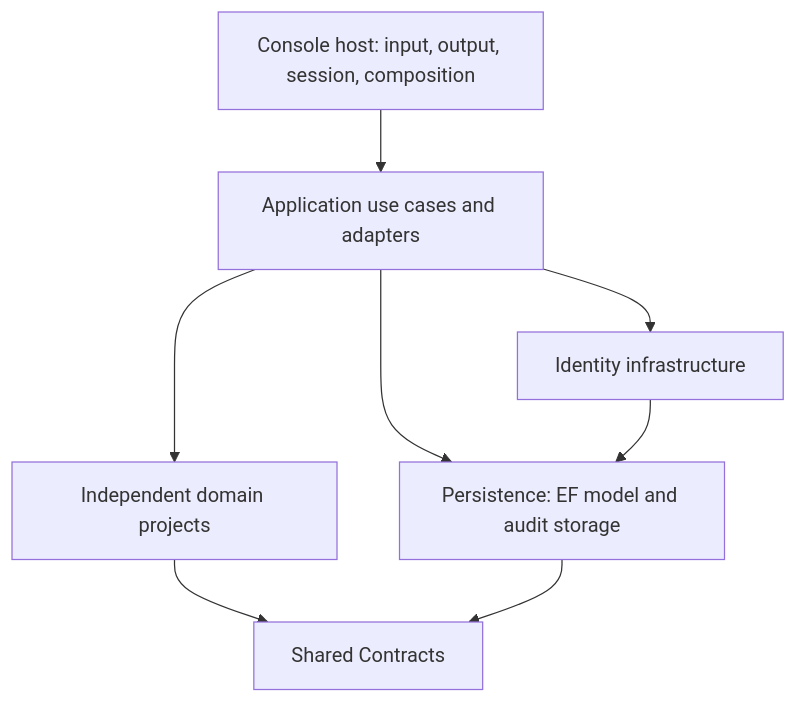
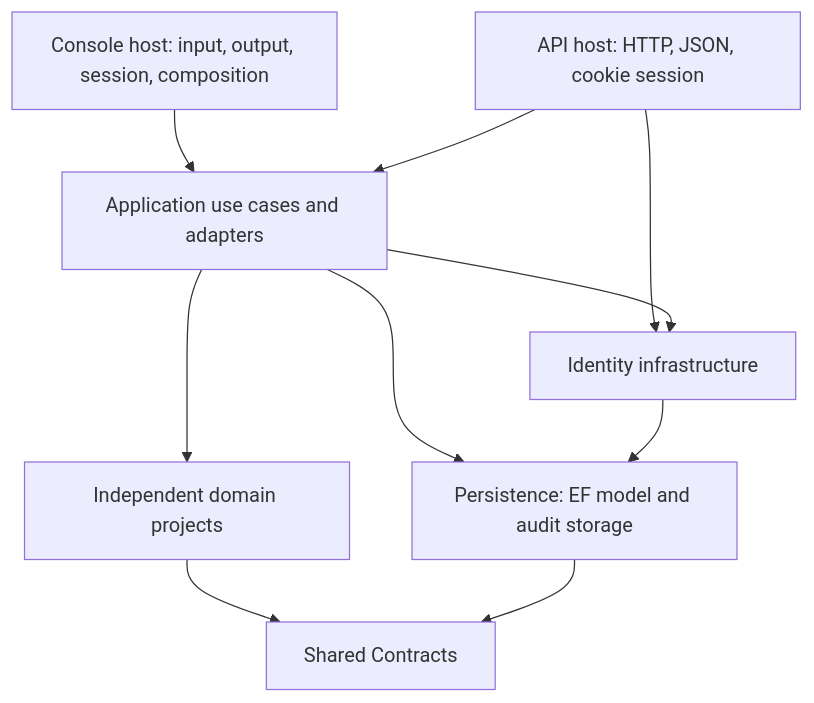
One commit to williamowen65/atlas-the-public-think-tank changed the first of 2 diagrams in docs/architecture/APPLICATION-WORKFLOWS.md. Above: the diagram before and after it, drawn with Mermaid. The commit also changed other lines of this file and 3 other files, not shown here.

Commit message:
Document shared host database and API audit worker ownership

````diff
--- a/docs/architecture/APPLICATION-WORKFLOWS.md
+++ b/docs/architecture/APPLICATION-WORKFLOWS.md
@@ -18,10 +19,12 @@
 ```mermaid
 flowchart TD
     C["Console host: input, output, session, composition"] --> A["Application use cases and adapters"]
+    H["API host: HTTP, JSON, cookie session"] --> A
+    H --> ID
     A --> ID["Identity infrastructure"]
     A --> P["Persistence: EF model and audit storage"]
     ID --> P
     A --> D["Independent domain projects"]
     D --> K["Shared Contracts"]
     P --> K
 ```
````
